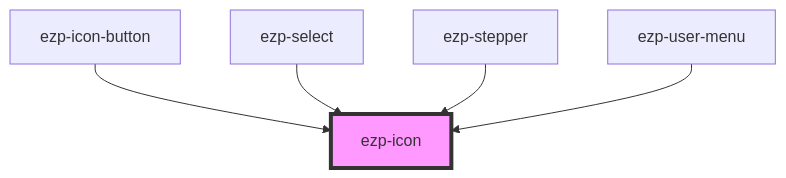
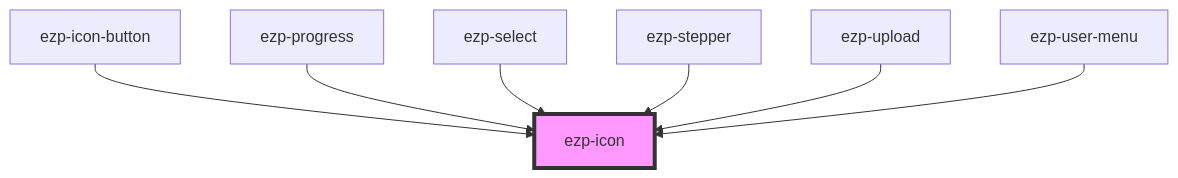
Before and after one commit to ezeep/ezeep-js: the diagram in src/components/ezp-icon/readme.md, drawn with Mermaid. The commit also changed other lines of this file and 20 other files, not shown here.

````diff
--- a/src/components/ezp-icon/readme.md
+++ b/src/components/ezp-icon/readme.md
@@ -23,8 +26,10 @@
 ```mermaid
 graph TD;
   ezp-icon-button --> ezp-icon
+  ezp-progress --> ezp-icon
   ezp-select --> ezp-icon
   ezp-stepper --> ezp-icon
+  ezp-upload --> ezp-icon
   ezp-user-menu --> ezp-icon
   style ezp-icon fill:#f9f,stroke:#333,stroke-width:4px
 ```
````
